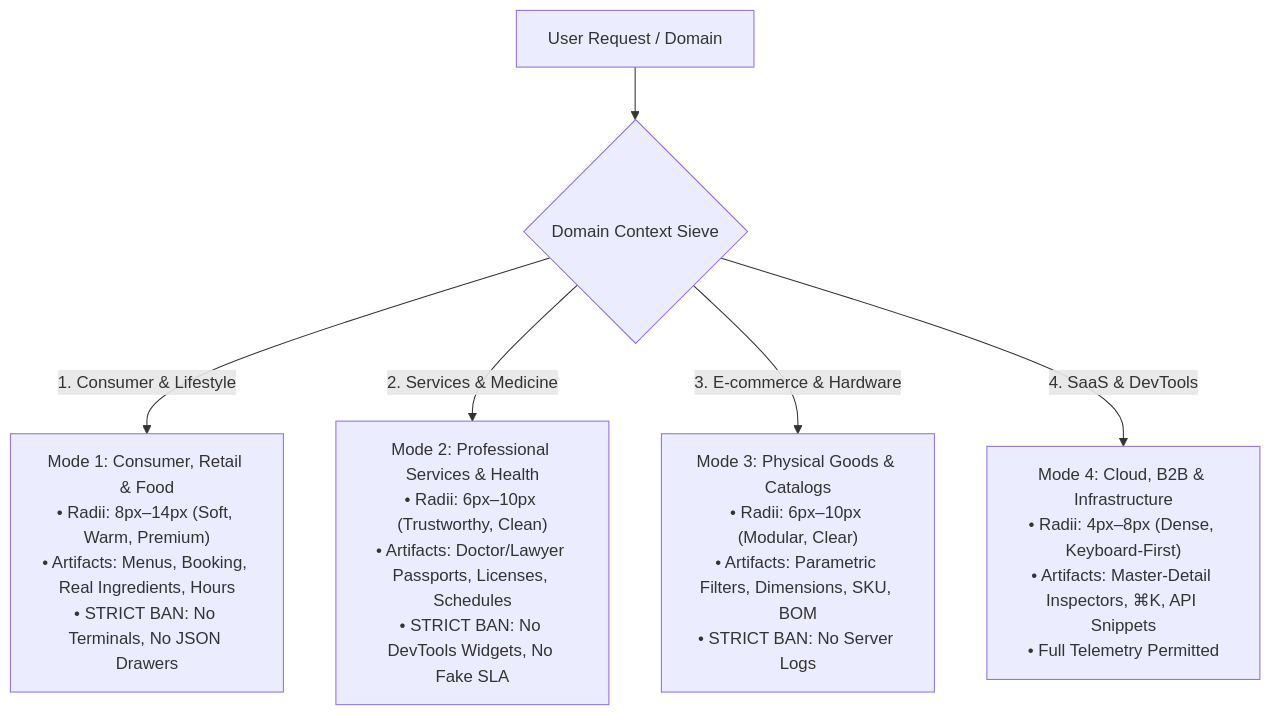
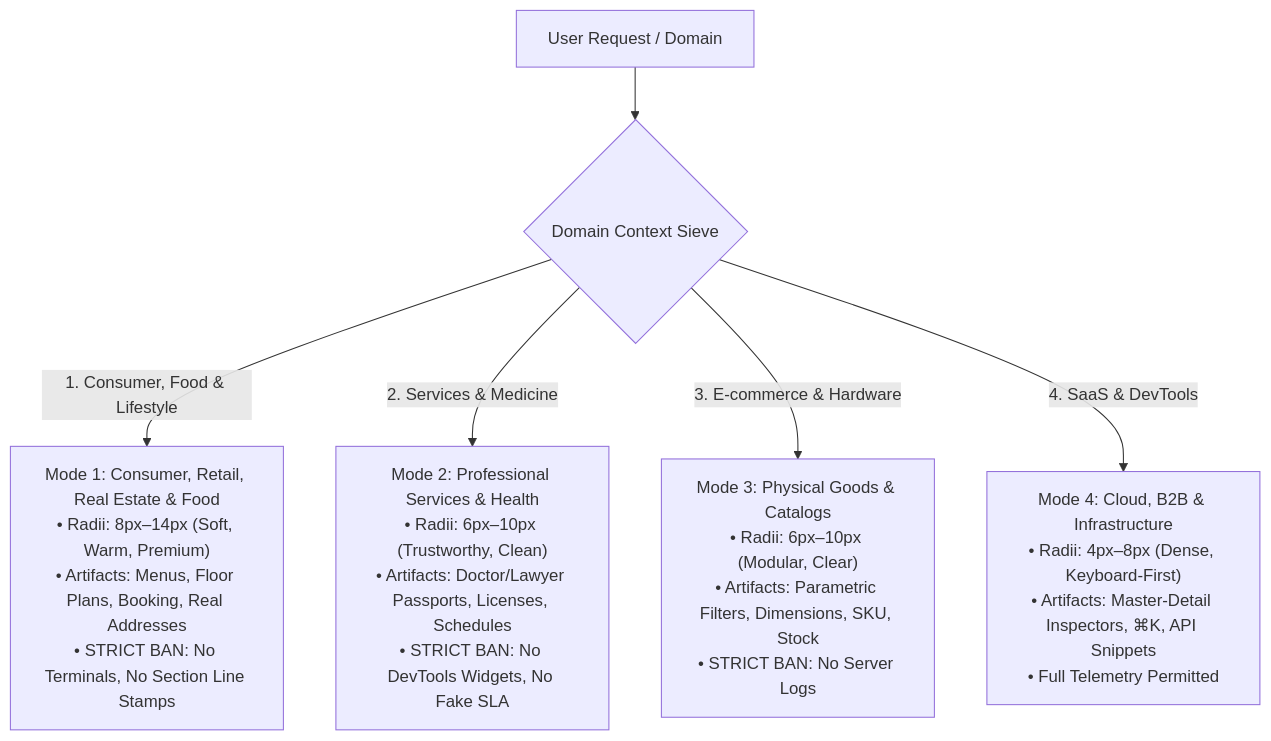
The first of 2 diagrams in SKILL.md (Radomir-Aksenenko/ultimate-anti-ai-ui-slop), drawn with Mermaid before and after one commit. The commit also changed other lines of this file and 2 other files, not shown here.

Commit message:
feat(system): v12.0 Pure Commercial Human Craft (eradicate pseudo-architectural line stamps, GPS coords, vertical scroll sticks, and monospace buttons)

````diff
--- a/SKILL.md
+++ b/SKILL.md
@@ -30,9 +29,9 @@
 ```mermaid
 graph TD
   Prompt["User Request / Domain"] --> Sieve{"Domain Context Sieve"}
   
-  Sieve -->|"1. Consumer & Lifestyle"| D1["Mode 1: Consumer, Retail & Food<br/>• Radii: 8px–14px (Soft, Warm, Premium)<br/>• Artifacts: Menus, Booking, Real Ingredients, Hours<br/>• STRICT BAN: No Terminals, No JSON Drawers"]
+  Sieve -->|"1. Consumer, Food & Lifestyle"| D1["Mode 1: Consumer, Retail, Real Estate & Food<br/>• Radii: 8px–14px (Soft, Warm, Premium)<br/>• Artifacts: Menus, Floor Plans, Booking, Real Addresses<br/>• STRICT BAN: No Terminals, No Section Line Stamps"]
   Sieve -->|"2. Services & Medicine"| D2["Mode 2: Professional Services & Health<br/>• Radii: 6px–10px (Trustworthy, Clean)<br/>• Artifacts: Doctor/Lawyer Passports, Licenses, Schedules<br/>• STRICT BAN: No DevTools Widgets, No Fake SLA"]
-  Sieve -->|"3. E-commerce & Hardware"| D3["Mode 3: Physical Goods & Catalogs<br/>• Radii: 6px–10px (Modular, Clear)<br/>• Artifacts: Parametric Filters, Dimensions, SKU, BOM<br/>• STRICT BAN: No Server Logs"]
+  Sieve -->|"3. E-commerce & Hardware"| D3["Mode 3: Physical Goods & Catalogs<br/>• Radii: 6px–10px (Modular, Clear)<br/>• Artifacts: Parametric Filters, Dimensions, SKU, Stock<br/>• STRICT BAN: No Server Logs"]
   Sieve -->|"4. SaaS & DevTools"| D4["Mode 4: Cloud, B2B & Infrastructure<br/>• Radii: 4px–8px (Dense, Keyboard-First)<br/>• Artifacts: Master-Detail Inspectors, ⌘K, API Snippets<br/>• Full Telemetry Permitted"]
 ```
````
